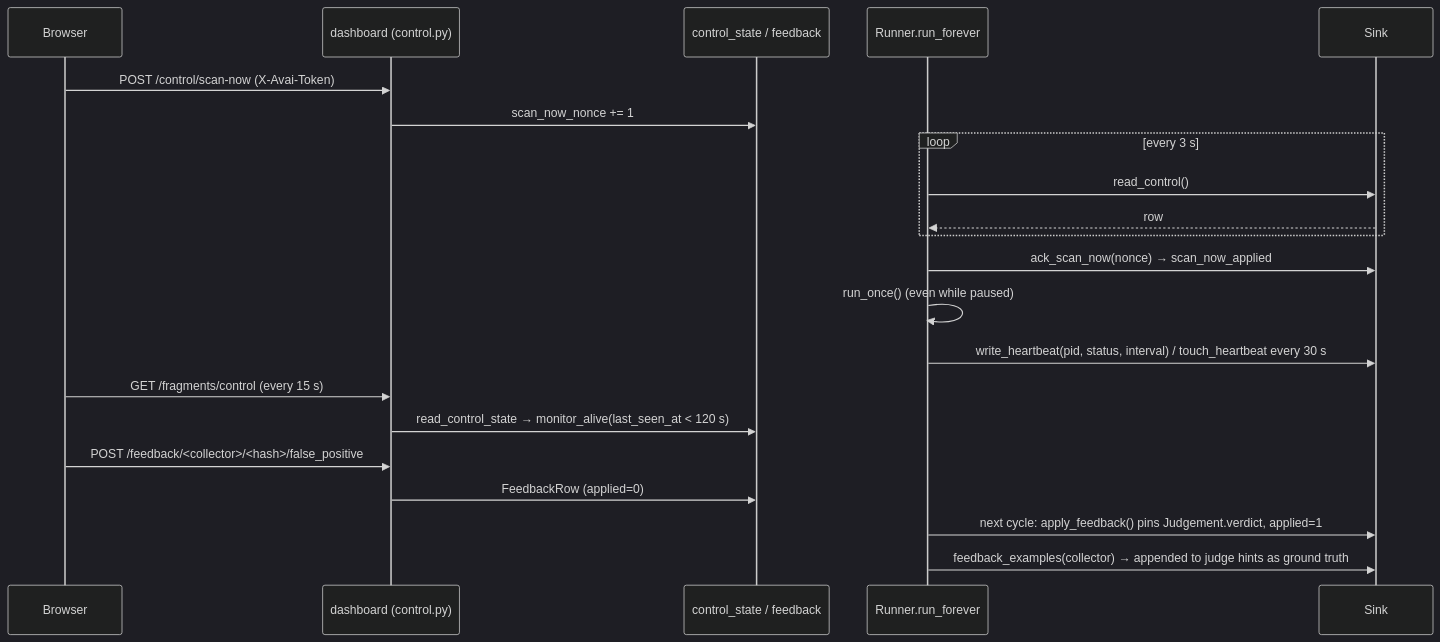
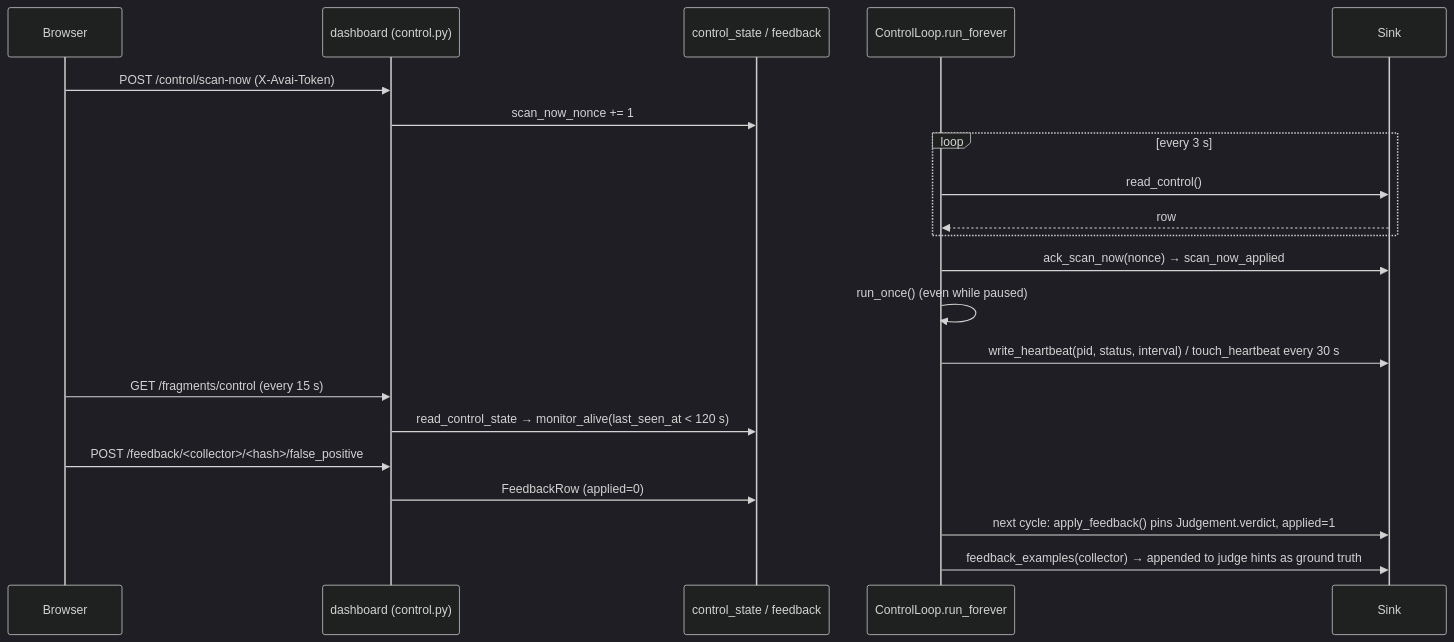
Before and after one commit to iklobato/avai: diagram 20 of 23 in docs/ARCHITECTURE.md, drawn with Mermaid (dark theme). The commit also changed other lines of this file and 1 other file, not shown here.

First line of the commit message:
docs: document the runner split and record phase 4

````diff
--- a/docs/ARCHITECTURE.md
+++ b/docs/ARCHITECTURE.md
@@ -1266,25 +1300,25 @@
 ```mermaid
 sequenceDiagram
     participant B as Browser
     participant D as dashboard (control.py)
     participant DB as control_state / feedback
-    participant R as Runner.run_forever
+    participant R as ControlLoop.run_forever
     participant S as Sink
 
     B->>D: POST /control/scan-now (X-Avai-Token)
     D->>DB: scan_now_nonce += 1
     loop every 3 s
         R->>S: read_control()
         S-->>R: row
     end
     R->>S: ack_scan_now(nonce) → scan_now_applied
     R->>R: run_once() (even while paused)
     R->>S: write_heartbeat(pid, status, interval) / touch_heartbeat every 30 s
     B->>D: GET /fragments/control (every 15 s)
     D->>DB: read_control_state → monitor_alive(last_seen_at < 120 s)
 
     B->>D: POST /feedback/<collector>/<hash>/false_positive
     D->>DB: FeedbackRow (applied=0)
     R->>S: next cycle: apply_feedback() pins Judgement.verdict, applied=1
     R->>S: feedback_examples(collector) → appended to judge hints as ground truth
 ```
````
